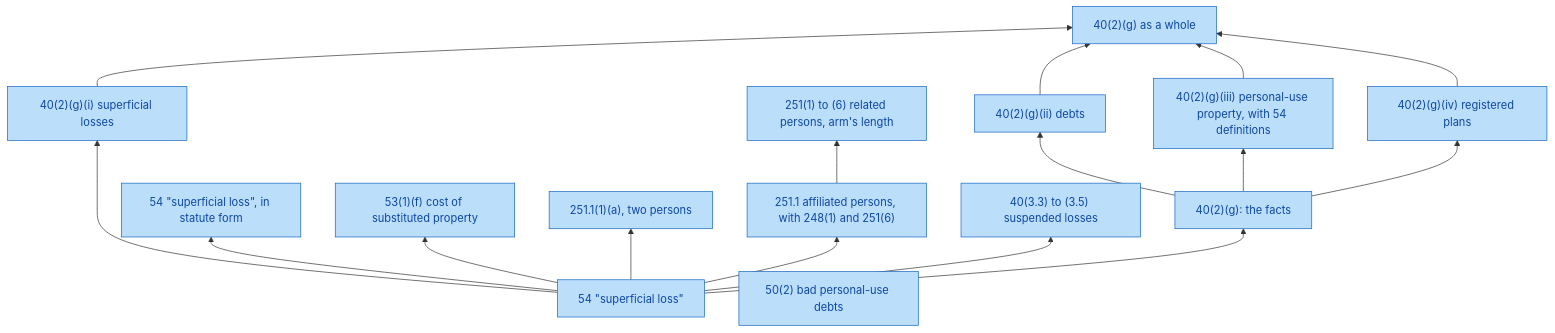
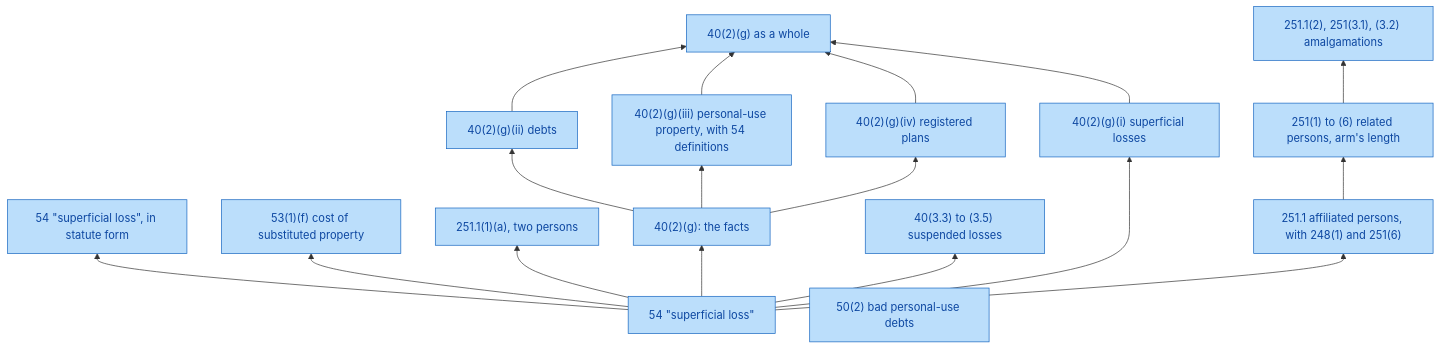
The diagram in docs/graphs/provisions.md (SeanWMurray/Canteen), drawn with Mermaid before and after one commit. The commit also changed 15 other files, not shown here.

````diff
--- a/docs/graphs/provisions.md
+++ b/docs/graphs/provisions.md
@@ -7,33 +7,35 @@
 ```mermaid
 flowchart BT
   v0["54 #quot;superficial loss#quot;"]:::prov
   v1["40(2)(g)(i) superficial losses"]:::prov
   v2["54 #quot;superficial loss#quot;, in statute form"]:::prov
   v3["53(1)(f) cost of substituted property"]:::prov
   v4["251.1(1)(a), two persons"]:::prov
   v5["251.1 affiliated persons, with 248(1) and 251(6)"]:::prov
   v6["251(1) to (6) related persons, arm's length"]:::prov
-  v7["50(2) bad personal-use debts"]:::prov
-  v8["40(3.3) to (3.5) suspended losses"]:::prov
-  v9["40(2)(g): the facts"]:::prov
-  v10["40(2)(g)(ii) debts"]:::prov
-  v11["40(2)(g)(iii) personal-use property, with 54 definitions"]:::prov
-  v12["40(2)(g)(iv) registered plans"]:::prov
-  v13["40(2)(g) as a whole"]:::prov
+  v7["251.1(2), 251(3.1), (3.2) amalgamations"]:::prov
+  v8["50(2) bad personal-use debts"]:::prov
+  v9["40(3.3) to (3.5) suspended losses"]:::prov
+  v10["40(2)(g): the facts"]:::prov
+  v11["40(2)(g)(ii) debts"]:::prov
+  v12["40(2)(g)(iii) personal-use property, with 54 definitions"]:::prov
+  v13["40(2)(g)(iv) registered plans"]:::prov
+  v14["40(2)(g) as a whole"]:::prov
   v0 --> v1
   v0 --> v2
   v0 --> v3
   v0 --> v4
   v0 --> v5
   v5 --> v6
-  v0 --> v8
+  v6 --> v7
   v0 --> v9
-  v9 --> v10
-  v9 --> v11
-  v9 --> v12
+  v0 --> v10
+  v10 --> v11
+  v10 --> v12
   v10 --> v13
-  v11 --> v13
-  v12 --> v13
-  v1 --> v13
+  v11 --> v14
+  v12 --> v14
+  v13 --> v14
+  v1 --> v14
   classDef prov fill:#bbdefb,stroke:#1565c0,color:#0d47a1
 ```
````
